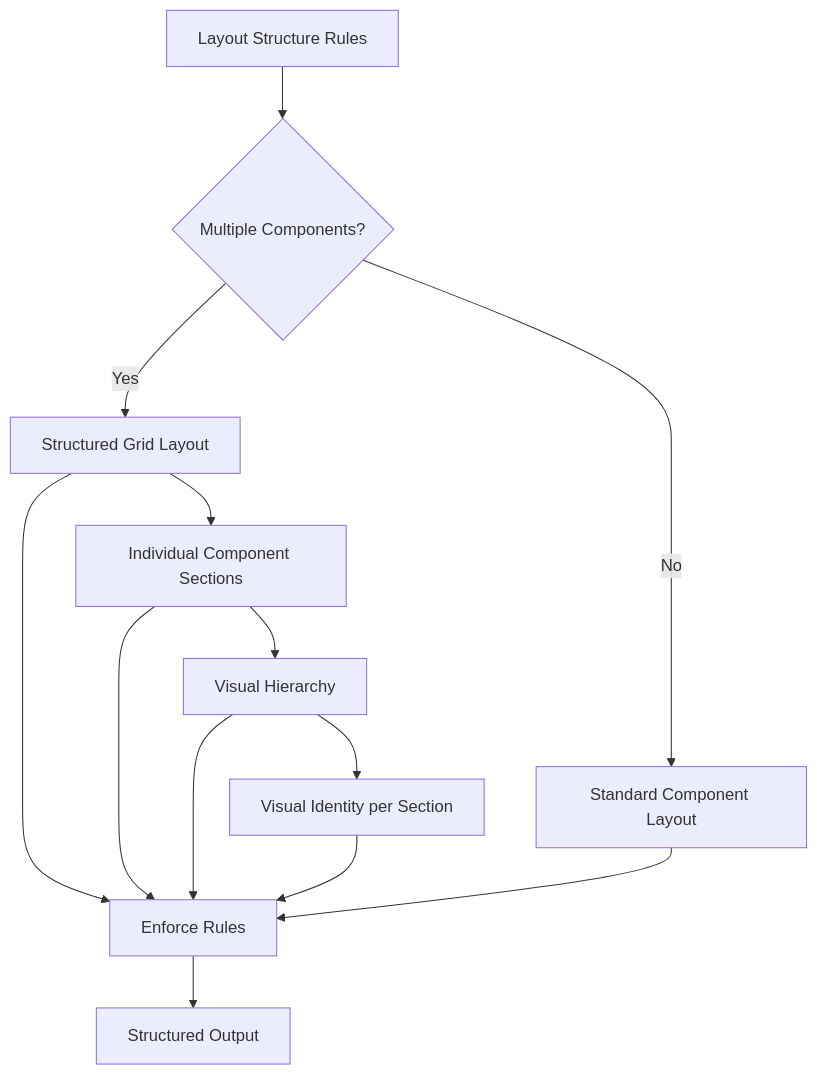
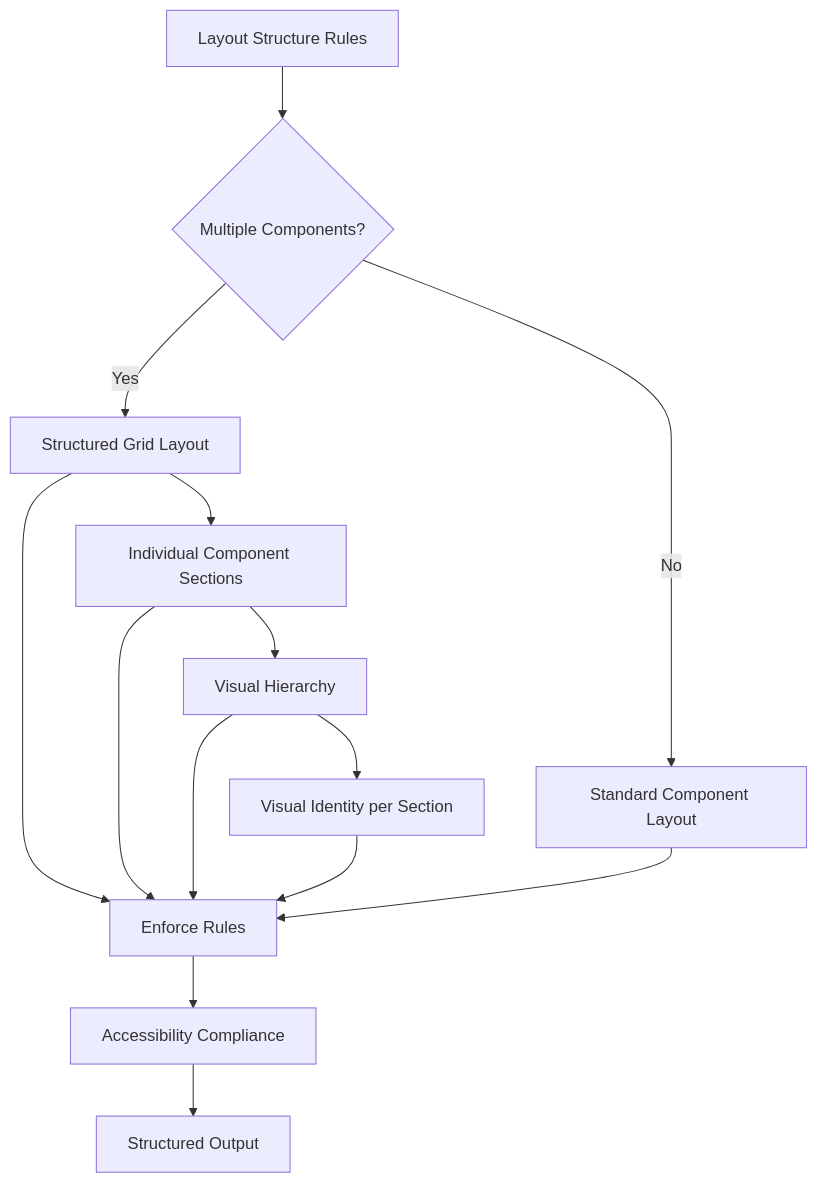
One commit to shekhargiri005-dotcom/AI-powered-accessibility-first-UI-engine changed the tenth of 11 diagrams in .qoder/repowiki/en/content/AI Generation Engine/AI Generation Engine.md. Above: the diagram before and after it, drawn with Mermaid. The commit also changed other lines of this file and 24 other files, not shown here.

````diff
--- a/.qoder/repowiki/en/content/AI Generation Engine/AI Generation Engine.md
+++ b/.qoder/repowiki/en/content/AI Generation Engine/AI Generation Engine.md
@@ -465,15 +575,16 @@
 ```mermaid
 flowchart TD
 LayoutRules["Layout Structure Rules"] --> MultiComp{"Multiple Components?"}
 MultiComp -- Yes --> GridLayout["Structured Grid Layout"]
 GridLayout --> Sectioning["Individual Component Sections"]
 Sectioning --> Hierarchy["Visual Hierarchy"]
 Hierarchy --> Identity["Visual Identity per Section"]
 MultiComp -- No --> StandardLayout["Standard Component Layout"]
 GridLayout --> Enforce["Enforce Rules"]
 Sectioning --> Enforce
 Hierarchy --> Enforce
 Identity --> Enforce
 StandardLayout --> Enforce
-Enforce --> Output["Structured Output"]
+Enforce --> Accessibility["Accessibility Compliance"]
+Accessibility --> Output["Structured Output"]
 ```
````
